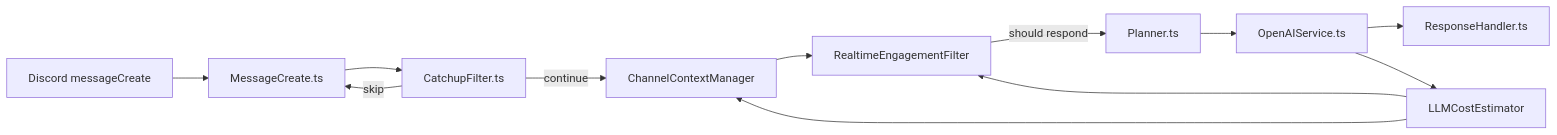
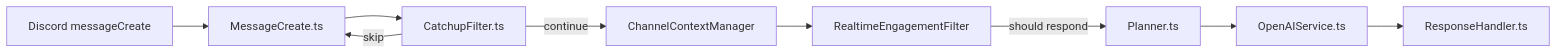
Before and after one commit to arete-org/arete: the diagram in docs/architecture/realtime-engagement.md, drawn with Mermaid. The commit also changed other lines of this file and 15 other files, not shown here.

````diff
--- a/docs/architecture/realtime-engagement.md
+++ b/docs/architecture/realtime-engagement.md
@@ -9,21 +9,18 @@
 ```mermaid
 flowchart LR
     DiscordEvent["Discord messageCreate"]
     MessageCreate["MessageCreate.ts"]
     Catchup["CatchupFilter.ts"]
     Context["ChannelContextManager"]
-    Cost["LLMCostEstimator"]
     Filter["RealtimeEngagementFilter"]
     Planner["Planner.ts"]
     OpenAI["OpenAIService.ts"]
     Response["ResponseHandler.ts"]
 
     DiscordEvent --> MessageCreate
     MessageCreate --> Catchup
     Catchup -->|skip| MessageCreate
     Catchup -->|continue| Context
     Context --> Filter
-    Cost --> Filter
     Filter -->|should respond| Planner --> OpenAI --> Response
-    OpenAI --> Cost --> Context
 ```
````
